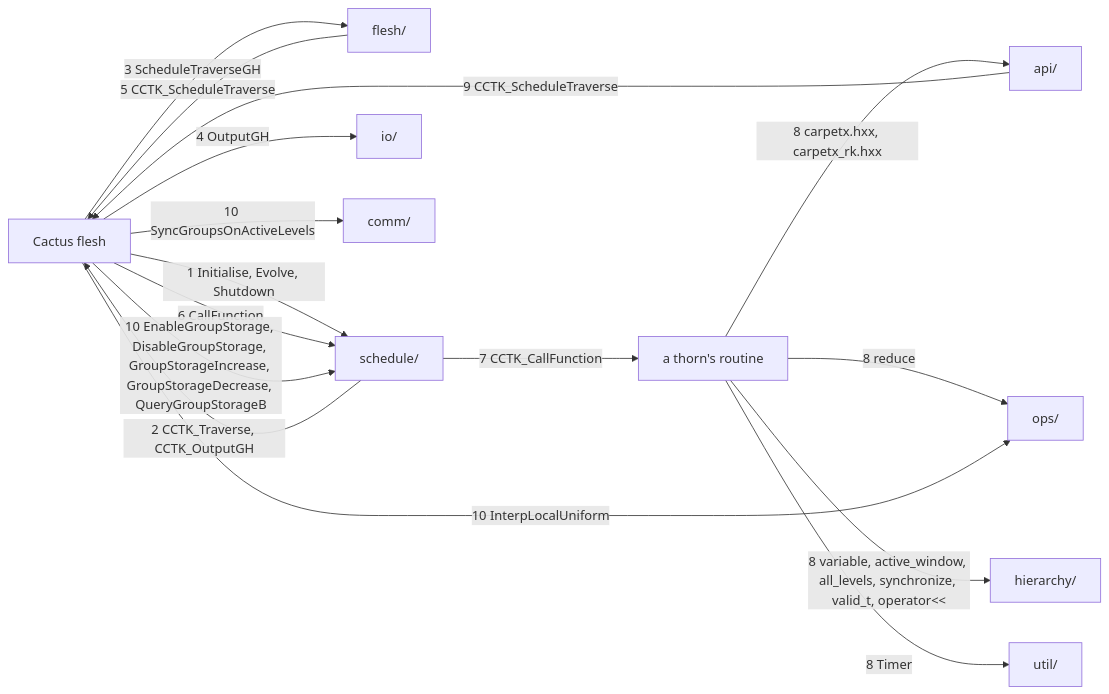
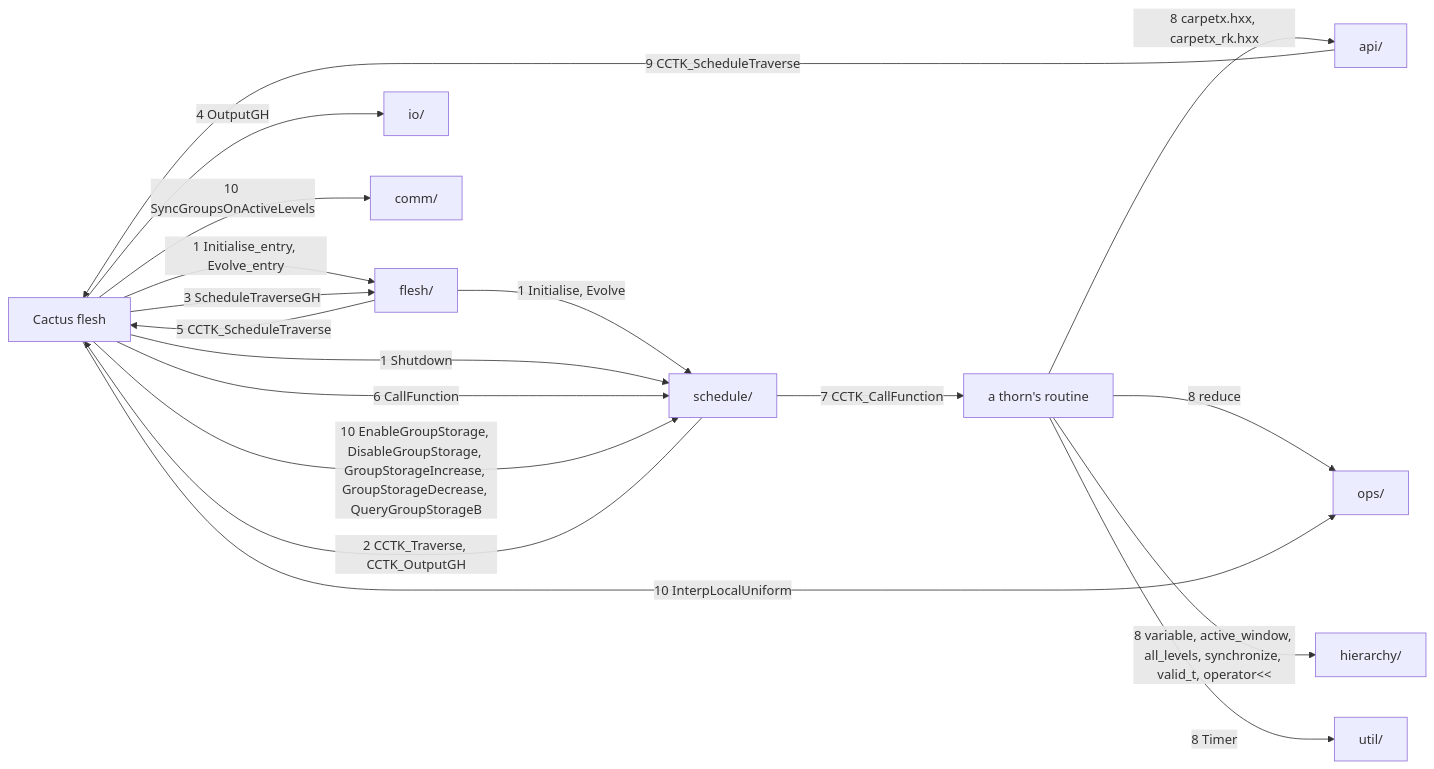
One commit to lwJi/CarpetX changed the second of 3 diagrams in agent_docs/carpetx-internals.md. Above: the diagram before and after it, drawn with Mermaid. The commit also changed other lines of this file and 11 other files, not shown here.

````diff
--- a/agent_docs/carpetx-internals.md
+++ b/agent_docs/carpetx-internals.md
@@ -55,28 +55,30 @@
 ```mermaid
 flowchart LR
   cactus["Cactus flesh"]
   thorn["a thorn's routine"]
   flesh["flesh/"]
   api["api/"]
   schedule["schedule/"]
   io["io/"]
   ops["ops/"]
   comm["comm/"]
   hierarchy["hierarchy/"]
   util["util/"]
-  cactus -- "1 Initialise, Evolve, Shutdown" --> schedule
+  cactus -- "1 Initialise_entry, Evolve_entry" --> flesh
+  flesh -- "1 Initialise, Evolve" --> schedule
+  cactus -- "1 Shutdown" --> schedule
   schedule -- "2 CCTK_Traverse, CCTK_OutputGH" --> cactus
   cactus -- "3 ScheduleTraverseGH" --> flesh
   cactus -- "4 OutputGH" --> io
   flesh -- "5 CCTK_ScheduleTraverse" --> cactus
   cactus -- "6 CallFunction" --> schedule
   schedule -- "7 CCTK_CallFunction" --> thorn
   thorn -- "8 carpetx.hxx, carpetx_rk.hxx" --> api
   thorn -- "8 reduce" --> ops
   thorn -- "8 variable, active_window, all_levels, synchronize, valid_t, operator<<" --> hierarchy
   thorn -- "8 Timer" --> util
   api -- "9 CCTK_ScheduleTraverse" --> cactus
   cactus -- "10 EnableGroupStorage, DisableGroupStorage, GroupStorageIncrease, GroupStorageDecrease, QueryGroupStorageB" --> schedule
   cactus -- "10 InterpLocalUniform" --> ops
   cactus -- "10 SyncGroupsOnActiveLevels" --> comm
 ```
````
